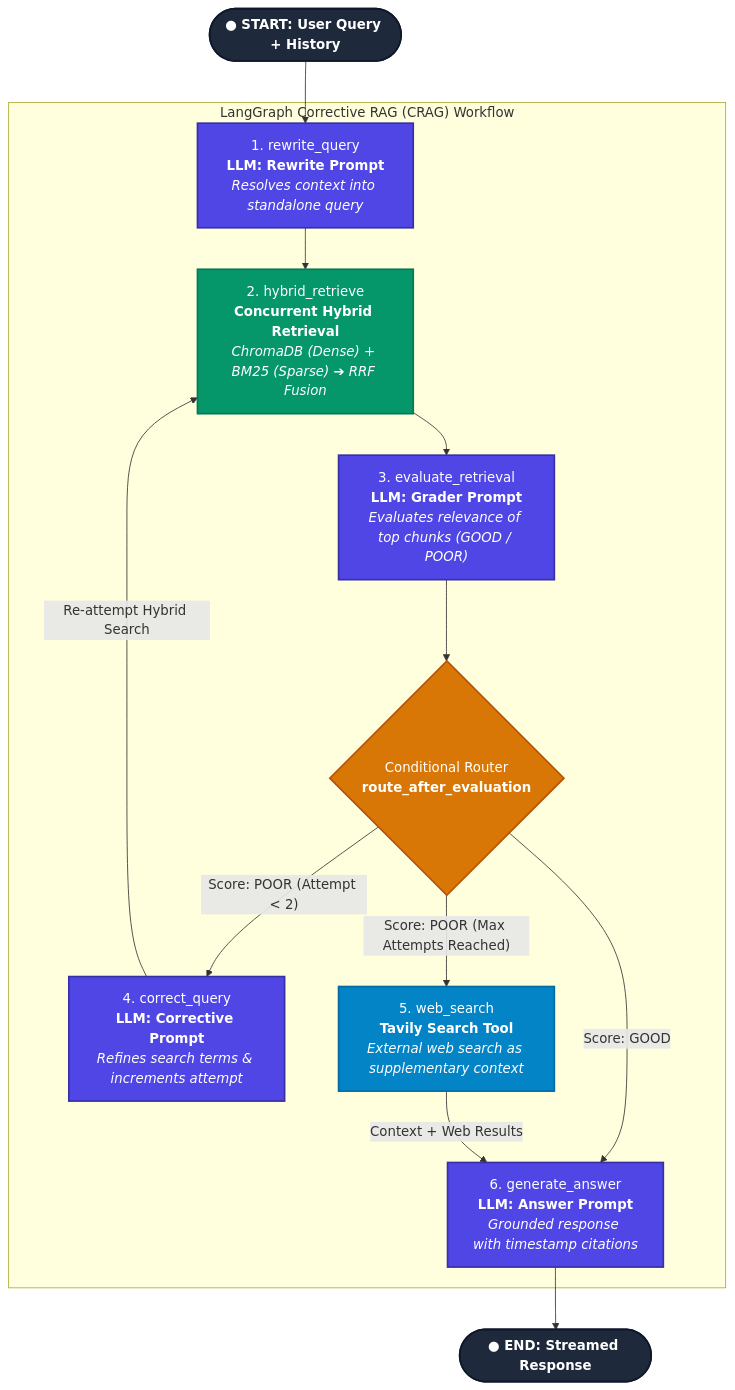
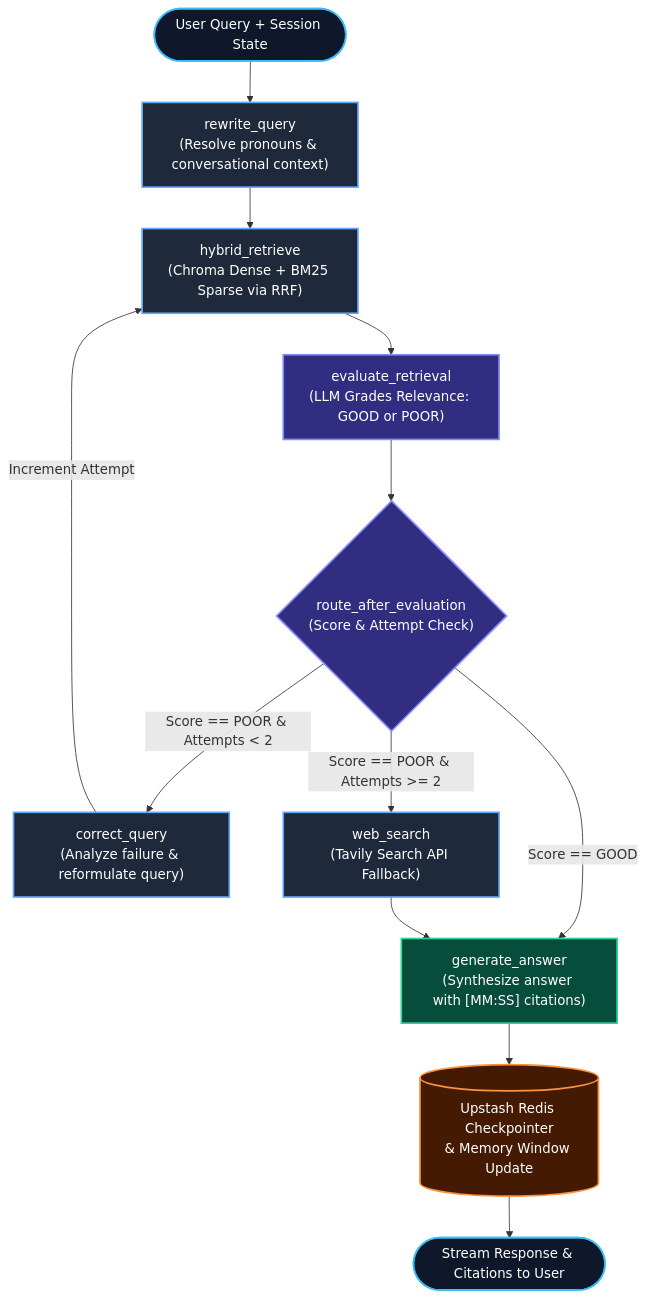
Before and after one commit to Aryanupadhyay23/Youtube-RAG-Intelligence: the diagram in README.md, drawn with Mermaid. The commit also changed other lines of this file and 94 other files, not shown here.

````diff
--- a/README.md
+++ b/README.md
@@ -38,58 +40,42 @@
 ```mermaid
 flowchart TD
-    %% Entry & End
-    START([● START: User Query + History]) --> N1
-    N6 --> END([● END: Streamed Response])
+    %% Entry Point
+    START([User Query + Session State]) --> REWRITE["rewrite_query\n(Resolve pronouns & conversational context)"]
 
-    %% Main Graph Nodes
-    subgraph LangGraph ["LangGraph Corrective RAG (CRAG) Workflow"]
-        
-        %% Node 1
-        N1["1. rewrite_query<br/><b>LLM: Rewrite Prompt</b><br/><i>Resolves context into standalone query</i>"]
-        
-        %% Node 2
-        N2["2. hybrid_retrieve<br/><b>Concurrent Hybrid Retrieval</b><br/><i>ChromaDB (Dense) + BM25 (Sparse) ➔ RRF Fusion</i>"]
-        
-        %% Node 3
-        N3["3. evaluate_retrieval<br/><b>LLM: Grader Prompt</b><br/><i>Evaluates relevance of top chunks (GOOD / POOR)</i>"]
-        
-        %% Conditional Router
-        ROUTE{"Conditional Router<br/><b>route_after_evaluation</b>"}
-        
-        %% Node 4 (Correction Loop)
-        N4["4. correct_query<br/><b>LLM: Corrective Prompt</b><br/><i>Refines search terms & increments attempt</i>"]
-        
-        %% Node 5 (Fallback Tool)
-        N5["5. web_search<br/><b>Tavily Search Tool</b><br/><i>External web search as supplementary context</i>"]
-        
-        %% Node 6 (Answer Generator)
-        N6["6. generate_answer<br/><b>LLM: Answer Prompt</b><br/><i>Grounded response with timestamp citations</i>"]
+    %% Hybrid Retrieval
+    REWRITE --> RETRIEVE["hybrid_retrieve\n(Chroma Dense + BM25 Sparse via RRF)"]
 
-        %% Graph Edges
-        N1 --> N2
-        N2 --> N3
-        N3 --> ROUTE
+    %% Evaluation Node
+    RETRIEVE --> EVAL["evaluate_retrieval\n(LLM Grades Relevance: GOOD or POOR)"]
 
-        %% Conditional Branches
-        ROUTE -->|"Score: GOOD"| N6
-        ROUTE -->|"Score: POOR (Attempt < 2)"| N4
-        ROUTE -->|"Score: POOR (Max Attempts Reached)"| N5
+    %% Conditional Routing Decision
+    EVAL --> ROUTE{"route_after_evaluation\n(Score & Attempt Check)"}
 
-        %% Loop back and fallthrough
-        N4 -->|"Re-attempt Hybrid Search"| N2
-        N5 -->|"Context + Web Results"| N6
-    end
+    %% Routing Branches
+    ROUTE -->|"Score == GOOD"| GENERATE["generate_answer\n(Synthesize answer with [MM:SS] citations)"]
+    ROUTE -->|"Score == POOR & Attempts < 2"| CORRECT["correct_query\n(Analyze failure & reformulate query)"]
+    ROUTE -->|"Score == POOR & Attempts >= 2"| WEB["web_search\n(Tavily Search API Fallback)"]
 
-    %% Node Styling
-    classDef terminal fill:#1e293b,stroke:#0f172a,color:#ffffff,font-weight:bold,stroke-width:2px;
-    classDef llmNode fill:#4f46e5,stroke:#3730a3,color:#ffffff,stroke-width:2px;
-    classDef retrieveNode fill:#059669,stroke:#047857,color:#ffffff,stroke-width:2px;
-    classDef routerNode fill:#d97706,stroke:#b45309,color:#ffffff,stroke-width:2px;
-    classDef toolNode fill:#0284c7,stroke:#0369a1,color:#ffffff,stroke-width:2px;
+    %% Corrective Loop
+    CORRECT -->|"Increment Attempt"| RETRIEVE
 
-    class START,END terminal;
-    class N1,N3,N4,N6 llmNode;
-    class N2 retrieveNode;
-    class ROUTE routerNode;
-    class N5 toolNode;
+    %% Web Fallback to Generation
+    WEB --> GENERATE
+
+    %% State Persistence & Output
+    GENERATE --> MEMORY[("Upstash Redis Checkpointer\n& Memory Window Update")]
+    MEMORY --> FINISH([Stream Response & Citations to User])
+
+    %% Styling
+    classDef terminal fill:#0f172a,stroke:#38bdf8,stroke-width:2px,color:#ffffff;
+    classDef core fill:#1e293b,stroke:#60a5fa,stroke-width:2px,color:#ffffff;
+    classDef decision fill:#312e81,stroke:#818cf8,stroke-width:2px,color:#ffffff;
+    classDef action fill:#064e3b,stroke:#34d399,stroke-width:2px,color:#ffffff;
+    classDef storage fill:#451a03,stroke:#fb923c,stroke-width:2px,color:#ffffff;
+
+    class START,FINISH terminal;
+    class REWRITE,RETRIEVE,CORRECT,WEB core;
+    class EVAL,ROUTE decision;
+    class GENERATE action;
+    class MEMORY storage;
 ```
````
